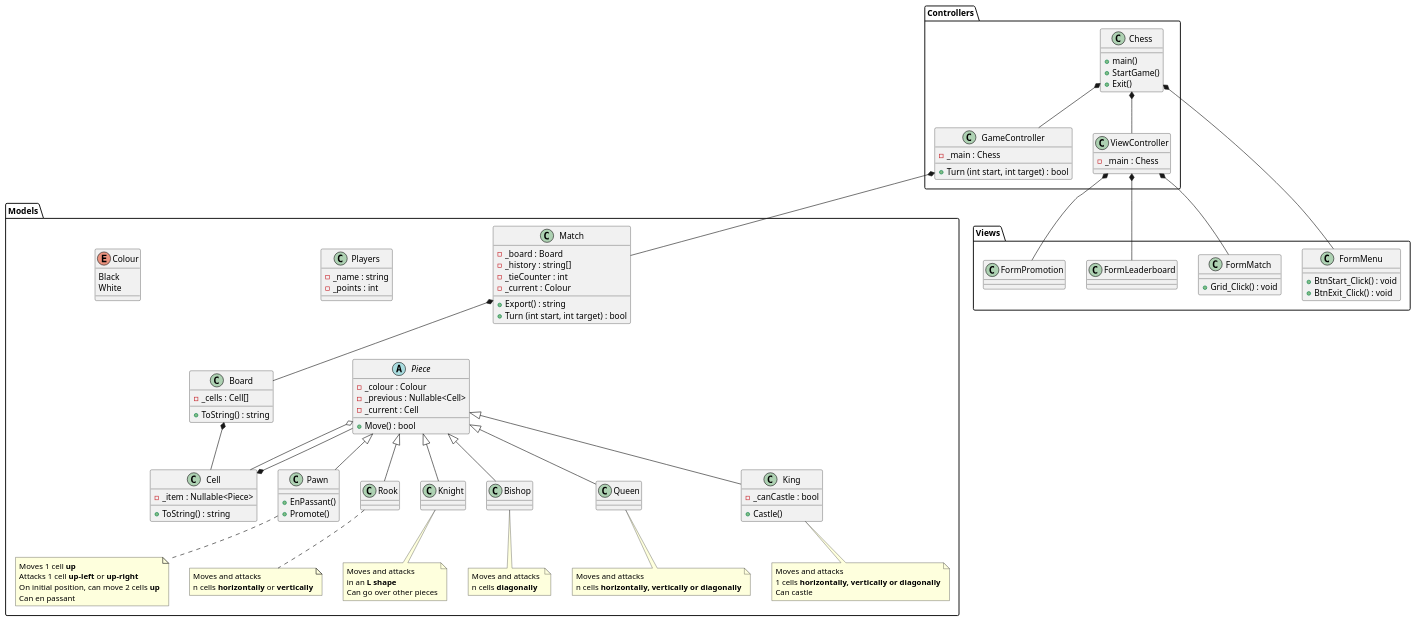
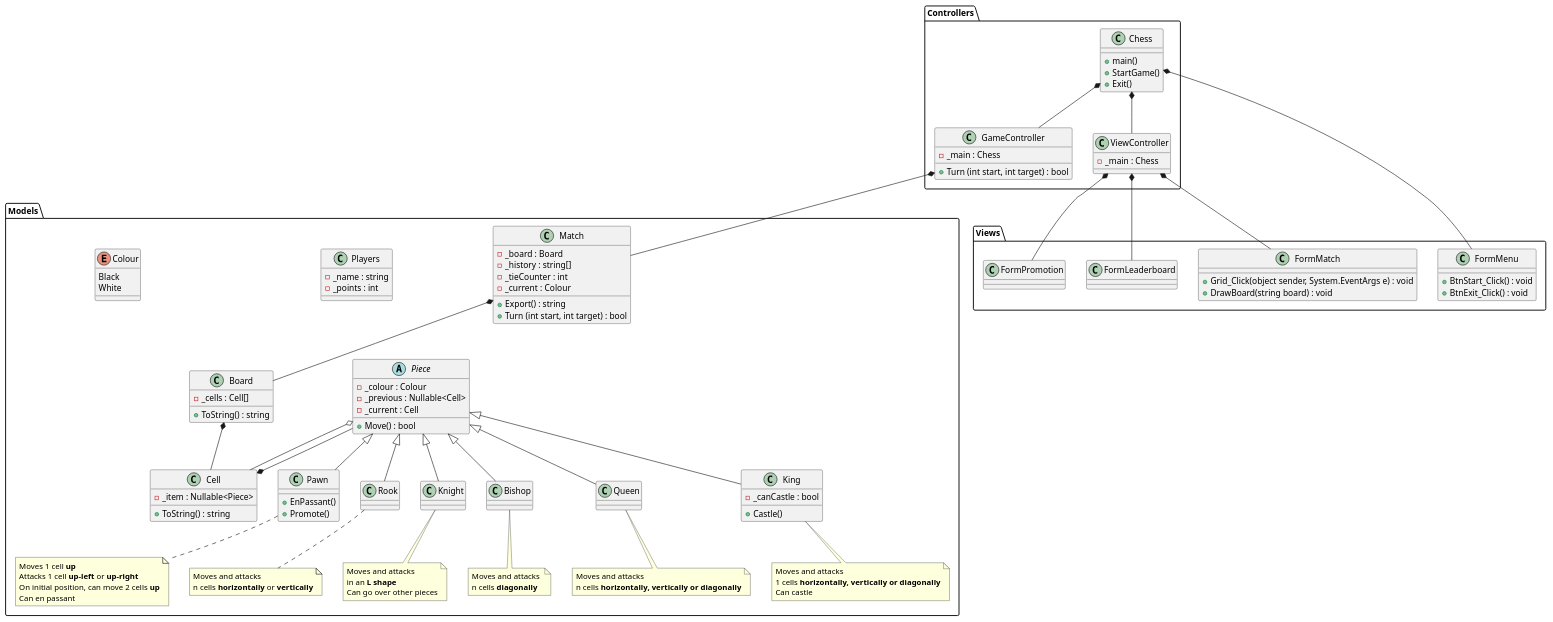
One commit to darkhappy/chess changed the diagram in Diagrams/Class.puml. Above: the diagram before and after it, drawn with PlantUML. The commit also changed 1 other file, not shown here.

Commit message:
Sequence creation and adding DrawBoard to Class

```diff
--- a/Diagrams/Class.puml
+++ b/Diagrams/Class.puml
@@ -1,138 +1,139 @@
 @startuml Class
 
 'https://plantuml.com/class-diagram
 namespace Models {
     abstract class Piece {
         - _colour : Colour
         - _previous : Nullable<Cell>
         - _current : Cell
         + Move() : bool
     }
 
     class Pawn extends Piece {
         + EnPassant()
         + Promote()
     }
     note bottom of Pawn
         Moves 1 cell <b>up</b>
         Attacks 1 cell <b>up-left</b> or <b>up-right</b>
         On initial position, can move 2 cells <b>up</b>
         Can en passant
     end note
 
     class Rook  extends Piece {
 
     }
     note bottom of Rook
         Moves and attacks 
         n cells <b>horizontally</b> or <b>vertically</b>
     end note
 
     class Knight extends Piece {
 
     }
     note bottom of Knight
         Moves and attacks 
         in an <b>L shape</b>
         Can go over other pieces
     end note
 
     class Bishop extends Piece {
 
     }
     note bottom of Bishop
         Moves and attacks 
         n cells <b>diagonally</b>
     end note
 
     class Queen extends Piece {
 
     }
     note bottom of Queen
         Moves and attacks 
         n cells <b>horizontally, vertically or diagonally</b>
     end note
 
     class King extends Piece {
         - _canCastle : bool
         + Castle()
     }
     note bottom of King
         Moves and attacks 
         1 cells <b>horizontally, vertically or diagonally</b>
         Can castle
     end note
 
     class Match {
         - _board : Board
         - _history : string[]
         - _tieCounter : int
         - _current : Colour
         + Export() : string
         + Turn (int start, int target) : bool
     }
     class Board {
         - _cells : Cell[]
         + ToString() : string
     }
     class Cell {
         - _item : Nullable<Piece>
         + ToString() : string
 
     }
     class Players {
         - _name : string
         - _points : int
     }
     enum Colour {
         Black
         White
     }
 
     Match *-- Board
     Board *-- Cell
     Cell *-- Piece
     Piece o-- Cell
 }
 
 namespace Controllers {
     class Chess {
         + main() 
         + StartGame()
         + Exit()
     }
     class GameController  {
         - _main : Chess
         + Turn (int start, int target) : bool
     }
     class ViewController  {
         - _main : Chess
     }
 
     Chess *-- GameController
     Chess *-- ViewController
 }
 
 namespace Views {
     class FormMenu {
         + BtnStart_Click() : void
         + BtnExit_Click() : void
     }
     class FormMatch {
-        + Grid_Click() : void
+        + Grid_Click(object sender, System.EventArgs e) : void
+        + DrawBoard(string board) : void
     }
     class FormLeaderboard {
                    
     }
     class FormPromotion {
         
     }
 }
 
 Controllers.GameController *-- Models.Match
 Controllers.Chess *-- Views.FormMenu
                       Controllers.ViewController *-- Views.FormMatch
                       Controllers.ViewController *-- Views.FormLeaderboard
 Controllers.ViewController *-- Views.FormPromotion
 
 @enduml
```
